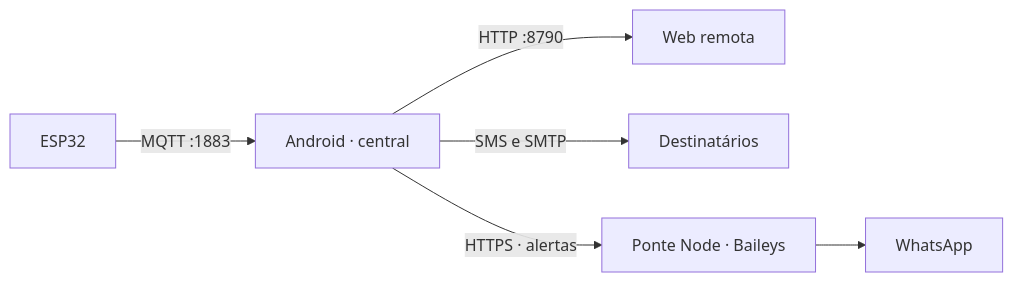
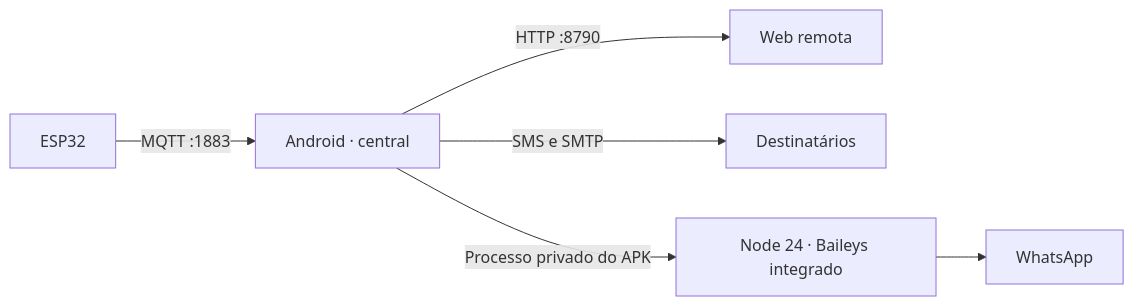
One commit to ThHSzR/winterhold changed the diagram in README.md. Above: the diagram before and after it, drawn with Mermaid. The commit also changed other lines of this file and 6 other files, not shown here.

````diff
--- a/README.md
+++ b/README.md
@@ -7,8 +7,8 @@
 ```mermaid
 flowchart LR
     ESP[ESP32] -->|MQTT :1883| APK[Android · central]
     APK -->|HTTP :8790| WEB[Web remota]
     APK -->|SMS e SMTP| DEST[Destinatários]
-    APK -->|HTTPS · alertas| NODE[Ponte Node · Baileys]
+    APK -->|Processo privado do APK| NODE[Node 24 · Baileys integrado]
     NODE --> WA[WhatsApp]
 ```
````
